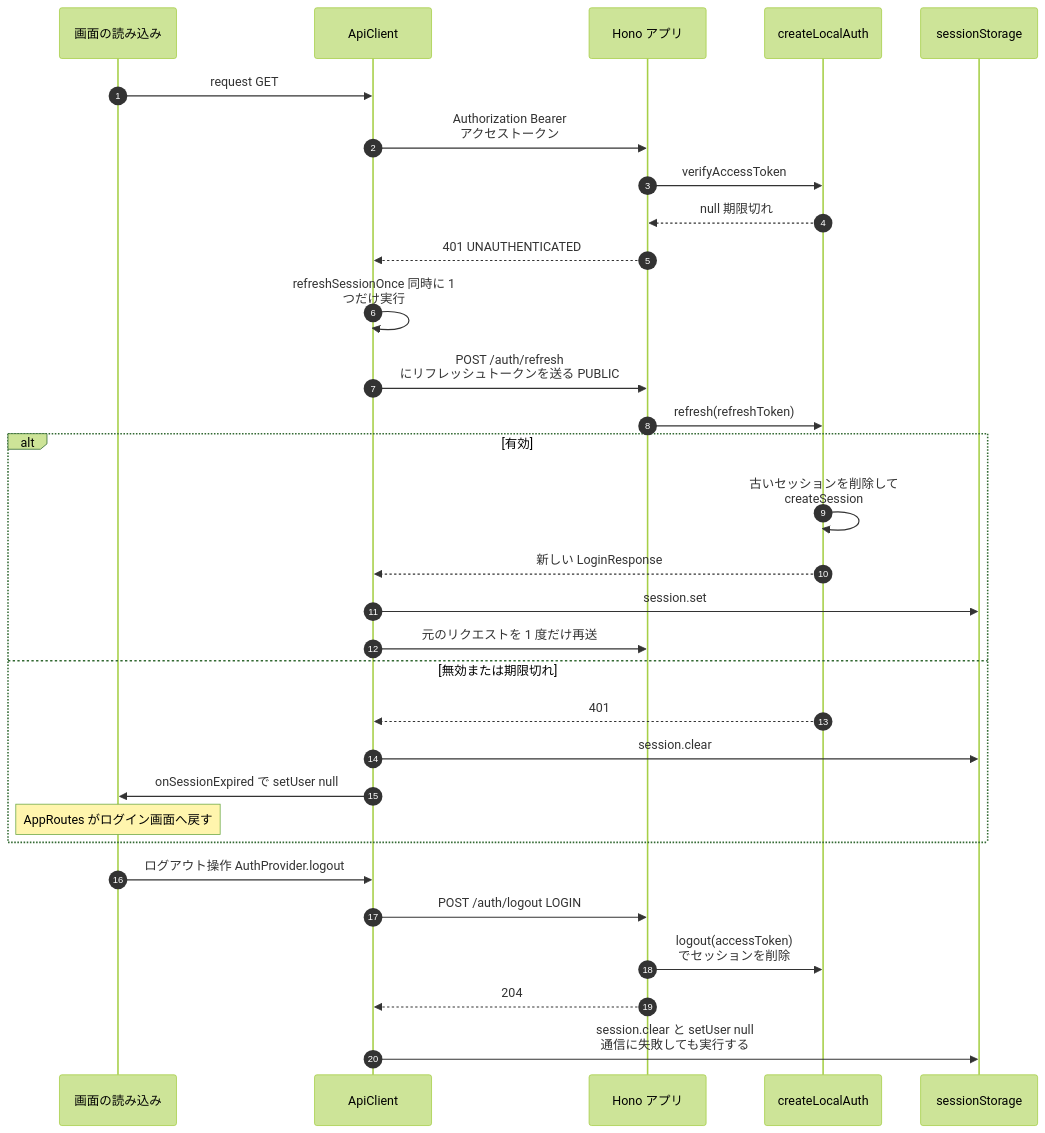
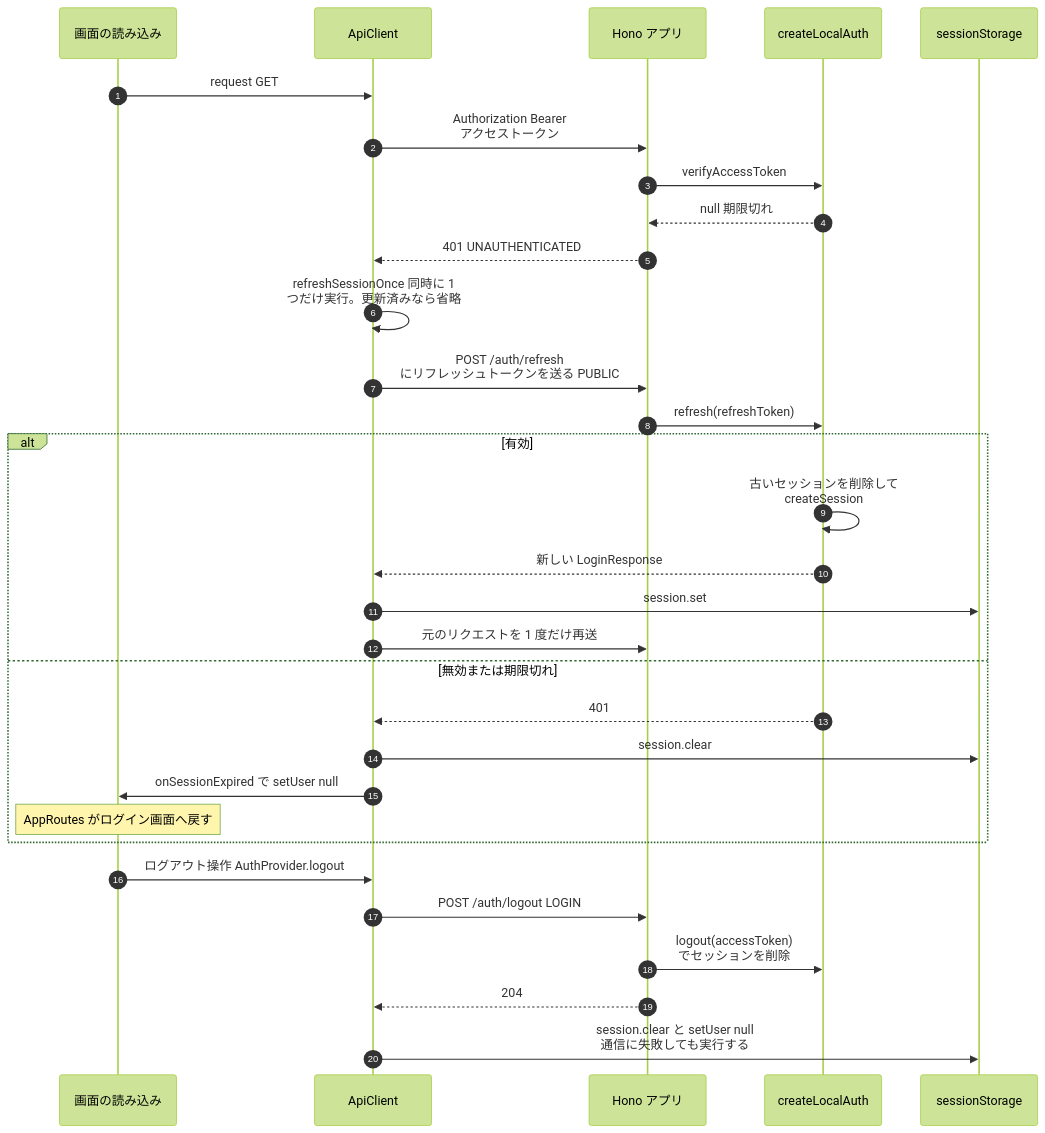
One commit to NS-APU/smart-farm-monitoring changed diagram 13 of 46 in docs/10_design/architecture/as-built.md. Above: the diagram before and after it, drawn with Mermaid (forest theme). The commit also changed other lines of this file and 2 other files, not shown here.

Commit message:
fix(frontend): 同時に 401 になったとき、トークンの更新を重ねない
アクセストークンの期限切れで、複数の読み込みが同時に 401 になり、更新が終わったあとに、遅れて 401 が届くと、
更新が済んでいることを確認せず、もう一度更新していた。サーバーは、更新のたびに、古いセッションを破棄するため、
1 回目の更新で発行したトークンが無効になり、そのトークンで再試行していた要求が、401 のまま失敗した
（CI の E2E の、複数ユーザーのシナリオが、時々失敗する原因）。

401 を受けたとき、現在のトークンが、その要求に使ったトークンと違えば（ほかの要求が、すでに更新した）、
更新せず、現在のトークンで再試行する。先に、この競合を確定的に再現する単体テストを書き、
失敗（再試行が 401 で拒否される）を確認してから修正した。as-built.md の説明も合わせる。

Closes #60

````diff
--- a/docs/10_design/architecture/as-built.md
+++ b/docs/10_design/architecture/as-built.md
@@ -1209,34 +1209,34 @@
 ```mermaid
 sequenceDiagram
   autonumber
   participant PG as 画面の読み込み
   participant API as ApiClient
   participant APP as Hono アプリ
   participant LA as createLocalAuth
   participant SS as sessionStorage
 
   PG->>API: request GET
   API->>APP: Authorization Bearer<br>アクセストークン
   APP->>LA: verifyAccessToken
   LA-->>APP: null 期限切れ
   APP-->>API: 401 UNAUTHENTICATED
-  API->>API: refreshSessionOnce 同時に 1<br>つだけ実行
+  API->>API: refreshSessionOnce 同時に 1<br>つだけ実行。更新済みなら省略
   API->>APP: POST /auth/refresh<br>にリフレッシュトークンを送る PUBLIC
   APP->>LA: refresh(refreshToken)
   alt 有効
     LA->>LA: 古いセッションを削除して<br>createSession
     LA-->>API: 新しい LoginResponse
     API->>SS: session.set
     API->>APP: 元のリクエストを 1 度だけ再送
   else 無効または期限切れ
     LA-->>API: 401
     API->>SS: session.clear
     API->>PG: onSessionExpired で setUser null
     Note over PG: AppRoutes がログイン画面へ戻す
   end
   PG->>API: ログアウト操作 AuthProvider.logout
   API->>APP: POST /auth/logout LOGIN
   APP->>LA: logout(accessToken)<br>でセッションを削除
   APP-->>API: 204
   API->>SS: session.clear と setUser null<br>通信に失敗しても実行する
 ```
````
